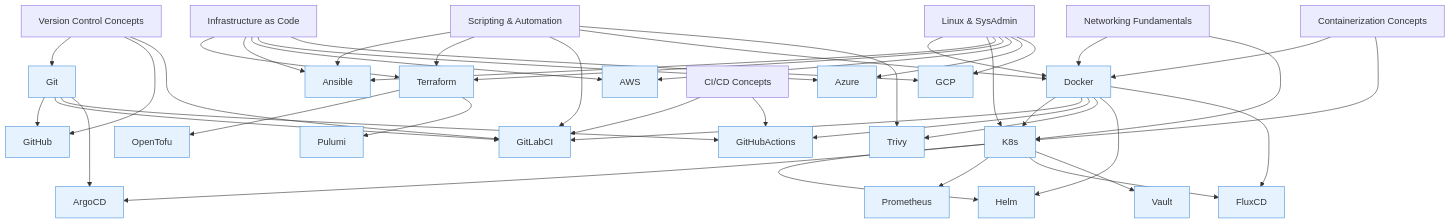
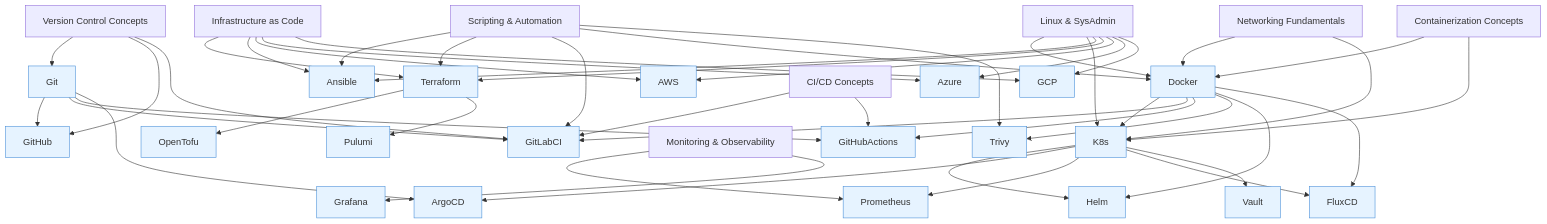
The diagram in 00_index/learning-path.md (snehitha3907/DevOps-Kit), drawn with Mermaid before and after one commit. The commit also changed other lines of this file and 4 other files, not shown here.

````diff
--- a/00_index/learning-path.md
+++ b/00_index/learning-path.md
@@ -100,61 +101,64 @@
 ```mermaid
 graph TD
     VC[Version Control Concepts] --> Git
     VC --> GitHub
     VC --> GitLabCI
 
     Linux[Linux & SysAdmin] --> Docker
     Linux --> K8s
     Linux --> Ansible
     Linux --> Terraform
     Linux --> AWS
     Linux --> Azure
     Linux --> GCP
 
     Scripting[Scripting & Automation] --> Ansible
     Scripting --> Terraform
     Scripting --> GitLabCI
     Scripting --> Docker
     Scripting --> Trivy
 
     Network[Networking Fundamentals] --> Docker
     Network --> K8s
 
     CI[CI/CD Concepts] --> GitLabCI
     CI --> GitHubActions
 
     Container[Containerization Concepts] --> Docker
     Container --> K8s
 
     IaC[Infrastructure as Code] --> Terraform
     IaC --> Ansible
     IaC --> AWS
     IaC --> Azure
     IaC --> GCP
 
+    Mon[Monitoring & Observability] --> Prometheus
+    Mon --> Grafana
+
     Git --> GitHub
     Git --> GitLabCI
     Git --> GitHubActions
     Git --> ArgoCD
 
     Docker --> K8s
     Docker --> GitLabCI
     Docker --> GitHubActions
     Docker --> Trivy
     Docker --> Helm
     Docker --> FluxCD
 
     K8s --> Helm
     K8s --> ArgoCD
     K8s --> Prometheus
     K8s --> FluxCD
     K8s --> Vault
 
     Terraform --> OpenTofu
     Terraform --> Pulumi
 
 classDef hasContent fill:#e6f3ff,stroke:#4a90d9
     classDef noContent fill:#fff3e0,stroke:#f5a623
 
-    class Git,GitHub,Docker,K8s,Ansible,Terraform,GitLabCI,GitHubActions,Trivy,AWS,Azure,GCP,OpenTofu,Helm,ArgoCD,Prometheus,FluxCD,Vault,Pulumi hasContent
+    class Git,GitHub,Docker,K8s,Ansible,Terraform,GitLabCI,GitHubActions,Trivy,AWS,Azure,GCP,OpenTofu,Helm,ArgoCD,Prometheus,FluxCD,Vault,Pulumi,Grafana hasContent
 ```
````
